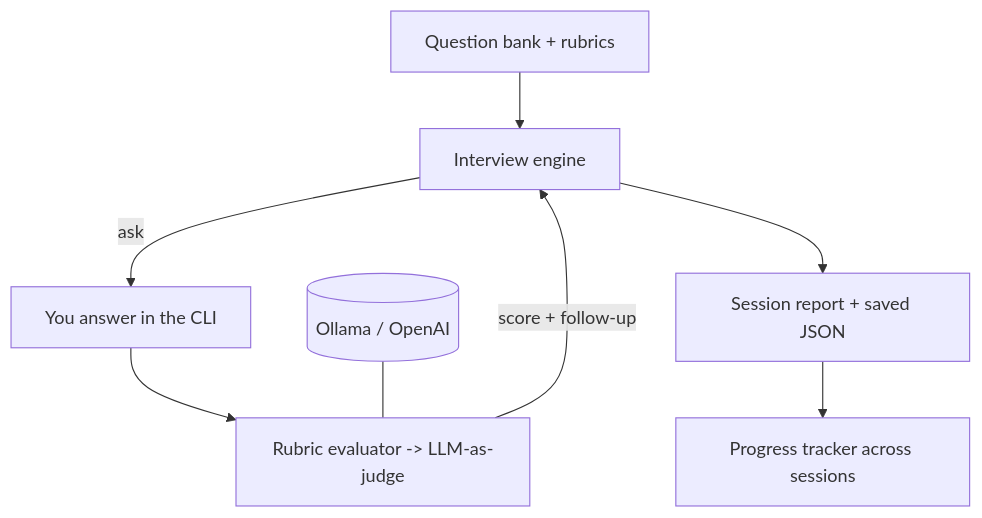
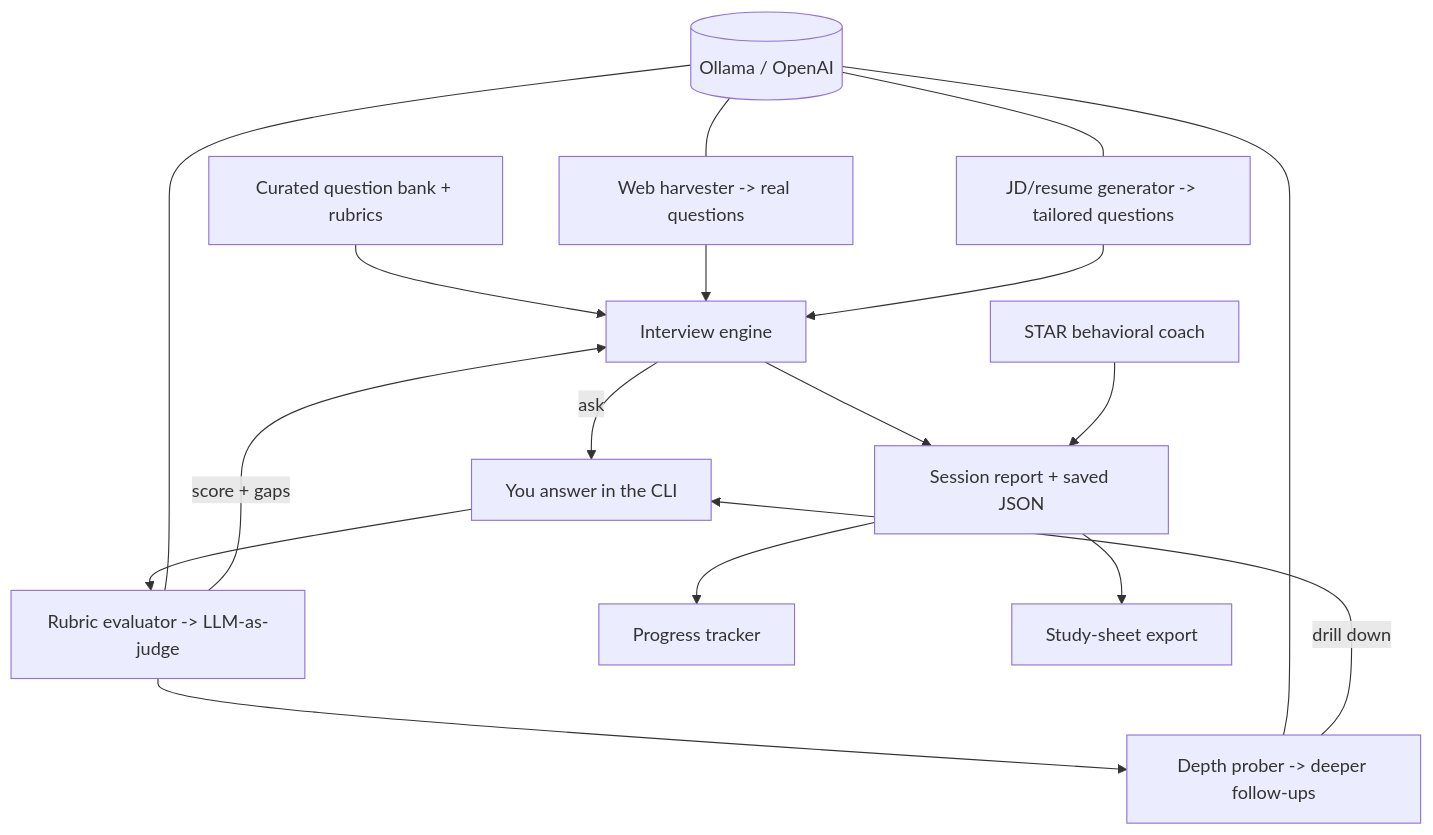
One commit to harshPareek-git/ai-interviewer changed the diagram in README.md. Above: the diagram before and after it, drawn with Mermaid. The commit also changed other lines of this file and 1 other file, not shown here.

````diff
--- a/README.md
+++ b/README.md
@@ -149,10 +149,19 @@
 ```mermaid
 flowchart TD
-    Q[Question bank + rubrics] --> E[Interview engine]
+    QB[Curated question bank + rubrics] --> E[Interview engine]
+    HW[Web harvester -> real questions] --> E
+    JD[JD/resume generator -> tailored questions] --> E
     E -->|ask| U[You answer in the CLI]
     U --> V[Rubric evaluator -> LLM-as-judge]
-    V -->|score + follow-up| E
+    V -->|score + gaps| E
+    V --> PR[Depth prober -> deeper follow-ups]
+    PR -->|drill down| U
     E --> R[Session report + saved JSON]
-    R --> P[Progress tracker across sessions]
+    R --> P[Progress tracker]
+    R --> SS[Study-sheet export]
+    STAR[STAR behavioral coach] --> R
     LLM[(Ollama / OpenAI)] --- V
+    LLM --- PR
+    LLM --- HW
+    LLM --- JD
 ```
````
